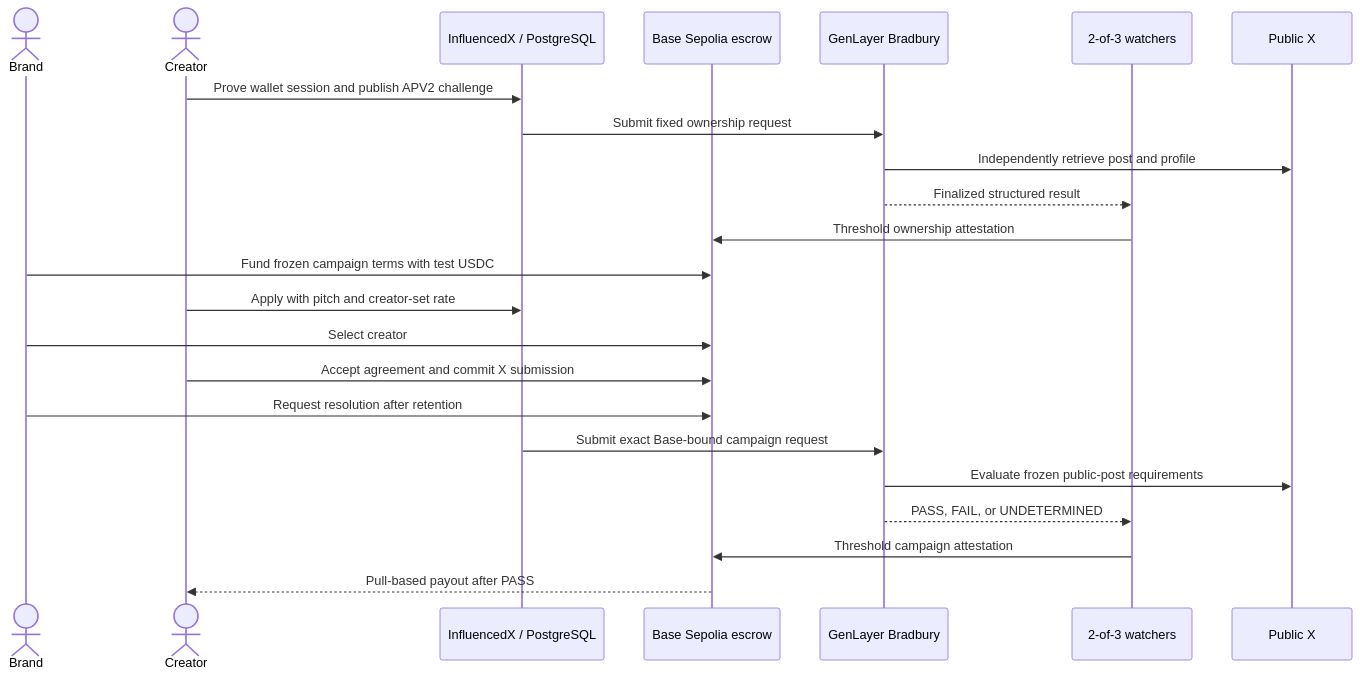
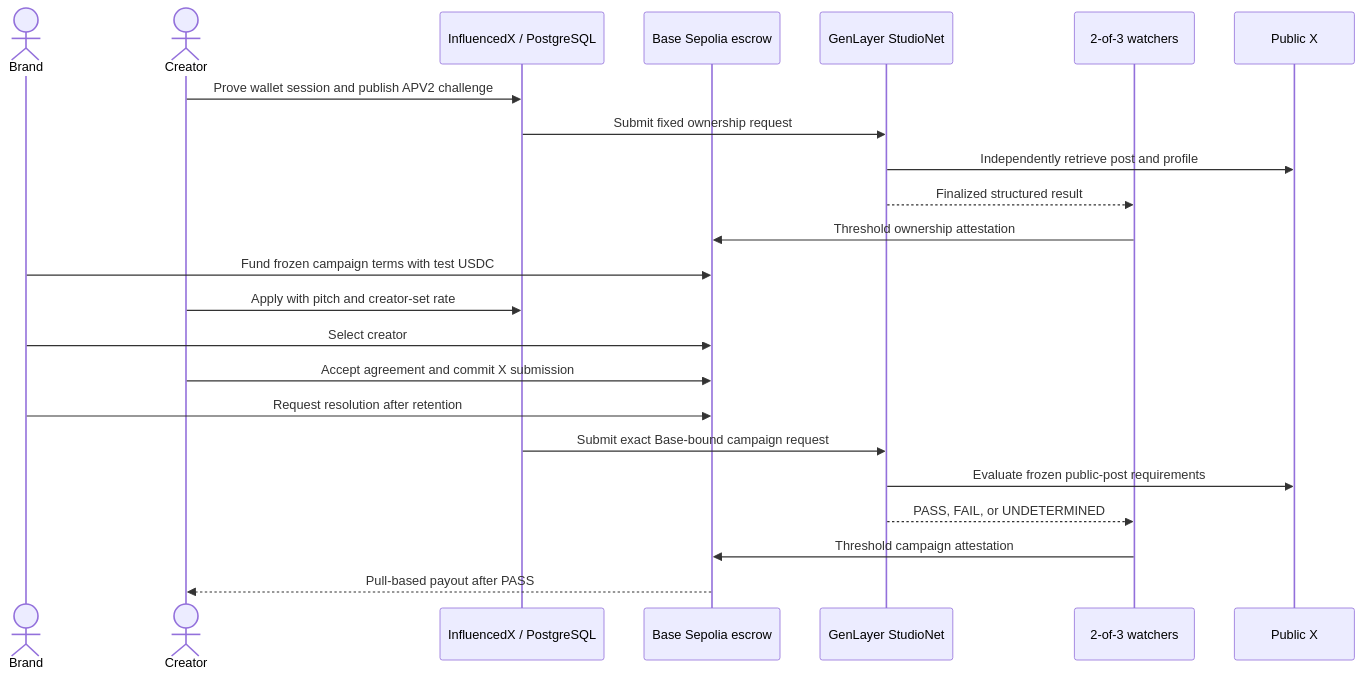
Before and after one commit to Leokings/InfluencedX: the diagram in docs/ARCHITECTURE.md, drawn with Mermaid. The commit also changed other lines of this file and 116 other files, not shown here.

Commit message:
Migrate InfluencedX runtime to StudioNet

````diff
--- a/docs/ARCHITECTURE.md
+++ b/docs/ARCHITECTURE.md
@@ -3,26 +3,26 @@
 ```mermaid
 sequenceDiagram
     actor Brand
     actor Creator
     participant App as InfluencedX / PostgreSQL
     participant Base as Base Sepolia escrow
-    participant GL as GenLayer Bradbury
+    participant GL as GenLayer StudioNet
     participant Watchers as 2-of-3 watchers
     participant X as Public X
 
     Creator->>App: Prove wallet session and publish APV2 challenge
     App->>GL: Submit fixed ownership request
     GL->>X: Independently retrieve post and profile
     GL-->>Watchers: Finalized structured result
     Watchers->>Base: Threshold ownership attestation
     Brand->>Base: Fund frozen campaign terms with test USDC
     Creator->>App: Apply with pitch and creator-set rate
     Brand->>Base: Select creator
     Creator->>Base: Accept agreement and commit X submission
     Brand->>Base: Request resolution after retention
     App->>GL: Submit exact Base-bound campaign request
     GL->>X: Evaluate frozen public-post requirements
     GL-->>Watchers: PASS, FAIL, or UNDETERMINED
     Watchers->>Base: Threshold campaign attestation
     Base-->>Creator: Pull-based payout after PASS
 ```
````
